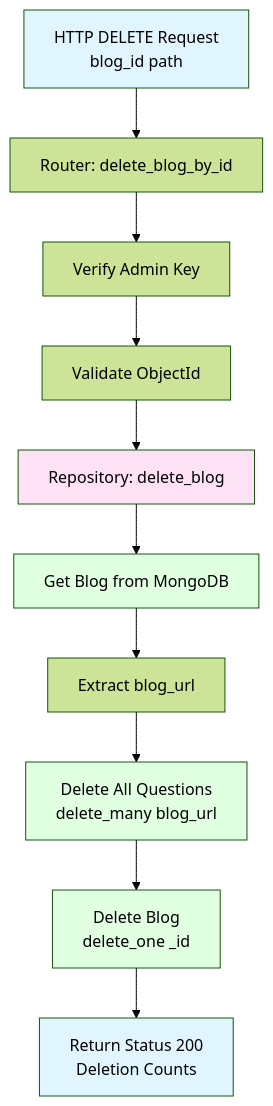
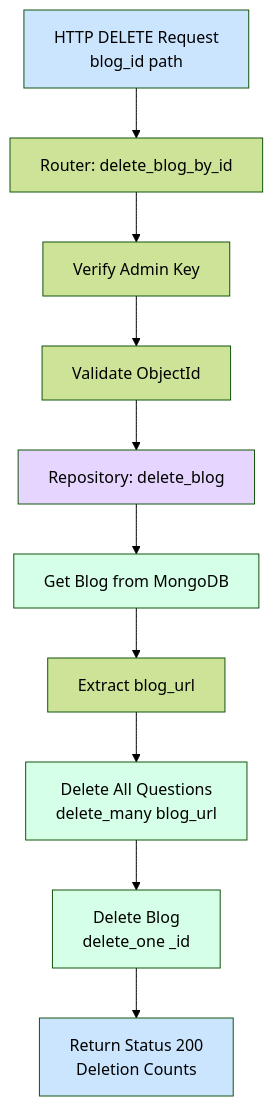
Before and after one commit to amitspk/project-x: the eighth of 12 diagrams in SelfLearning/fyi_widget_api/ENDPOINT_FLOWS_VISUAL.md, drawn with Mermaid (forest theme). The commit also changed other lines of this file, not shown here.

Commit message:
updated flow diagram

````diff
--- a/SelfLearning/fyi_widget_api/ENDPOINT_FLOWS_VISUAL.md
+++ b/SelfLearning/fyi_widget_api/ENDPOINT_FLOWS_VISUAL.md
@@ -243,19 +243,19 @@
 ```mermaid
 graph TD
     A[HTTP DELETE Request<br/>blog_id path] --> B[Router: delete_blog_by_id]
     B --> C[Verify Admin Key]
     C --> D[Validate ObjectId]
     D --> E[Repository: delete_blog]
     E --> F[Get Blog from MongoDB]
     F --> G[Extract blog_url]
     G --> H[Delete All Questions<br/>delete_many blog_url]
     H --> I[Delete Blog<br/>delete_one _id]
     I --> J[Return Status 200<br/>Deletion Counts]
     
-    style A fill:#e1f5ff
-    style E fill:#ffe1f5
-    style F fill:#e1ffe1
-    style H fill:#e1ffe1
-    style I fill:#e1ffe1
-    style J fill:#e1f5ff
+    style A fill:#cce5ff
+    style E fill:#e6d5ff
+    style F fill:#d5ffe6
+    style H fill:#d5ffe6
+    style I fill:#d5ffe6
+    style J fill:#cce5ff
 ```
````
